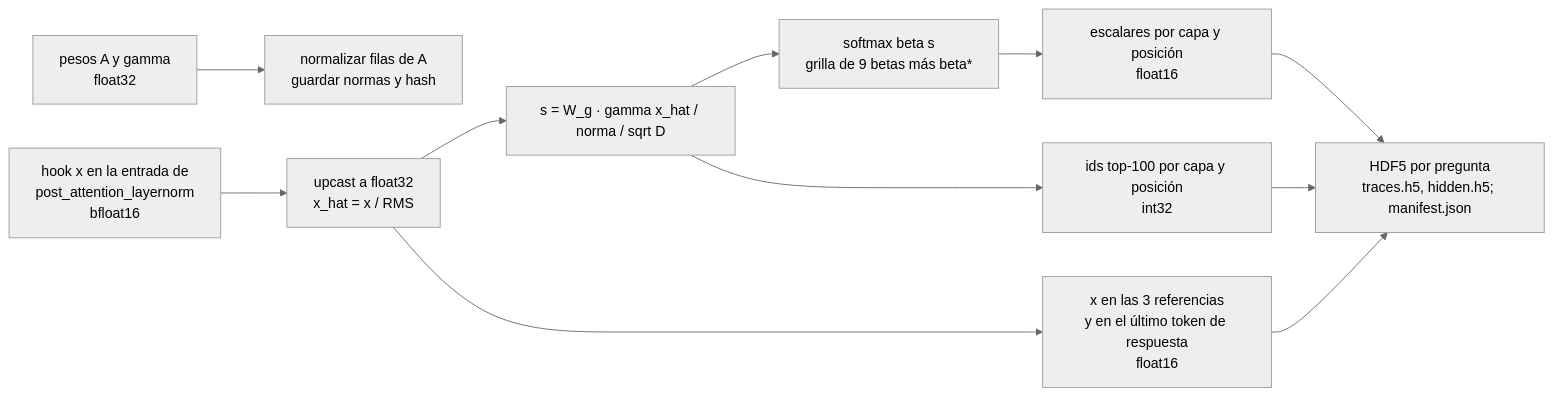
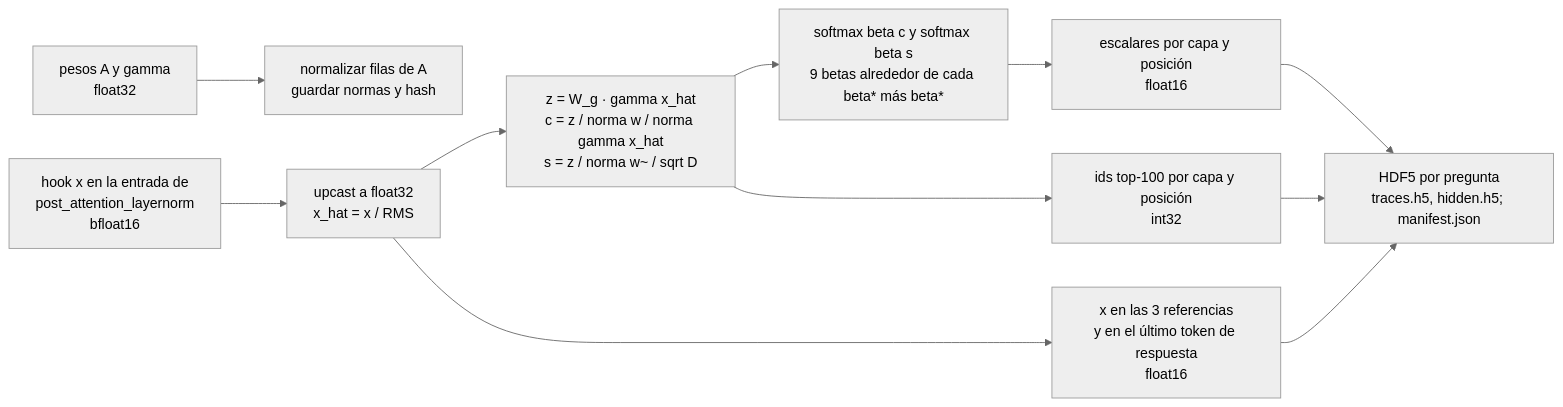
One commit to brandonminta/energy_llm changed the third of 3 diagrams in docs/overview.md. Above: the diagram before and after it, drawn with Mermaid (neutral theme). The commit also changed other lines of this file and 4 other files, not shown here.

````diff
--- a/docs/overview.md
+++ b/docs/overview.md
@@ -145,11 +193,11 @@
 ```mermaid
 flowchart LR
     W[pesos A y gamma<br/>float32] --> N1[normalizar filas de A<br/>guardar normas y hash]
     H[hook x en la entrada de<br/>post_attention_layernorm<br/>bfloat16] --> C1[upcast a float32<br/>x_hat = x / RMS]
-    C1 --> S[s = W_g · gamma x_hat / norma / sqrt D]
-    S --> P[softmax beta s<br/>grilla de 9 betas más beta*]
+    C1 --> S[z = W_g · gamma x_hat<br/>c = z / norma w / norma gamma x_hat<br/>s = z / norma w~ / sqrt D]
+    S --> P[softmax beta c y softmax beta s<br/>9 betas alrededor de cada beta* más beta*]
     P --> M1[escalares por capa y posición<br/>float16]
     S --> R[ids top-100 por capa y posición<br/>int32]
     C1 --> V[x en las 3 referencias<br/>y en el último token de respuesta<br/>float16]
     M1 & R & V --> F[HDF5 por pregunta<br/>traces.h5, hidden.h5; manifest.json]
 ```
````
